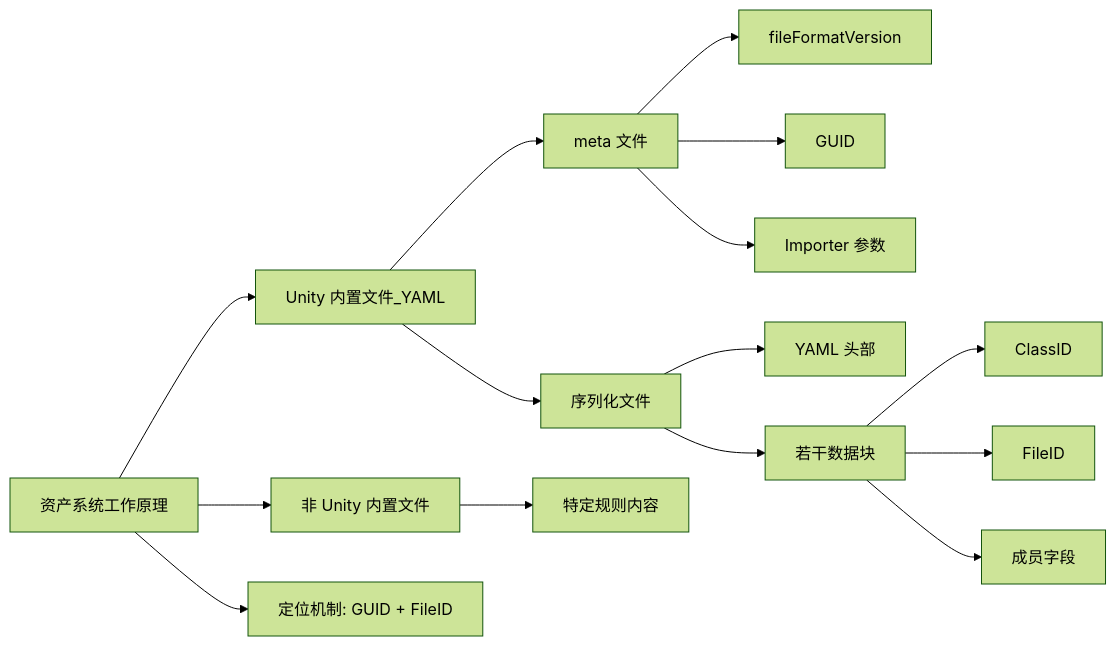
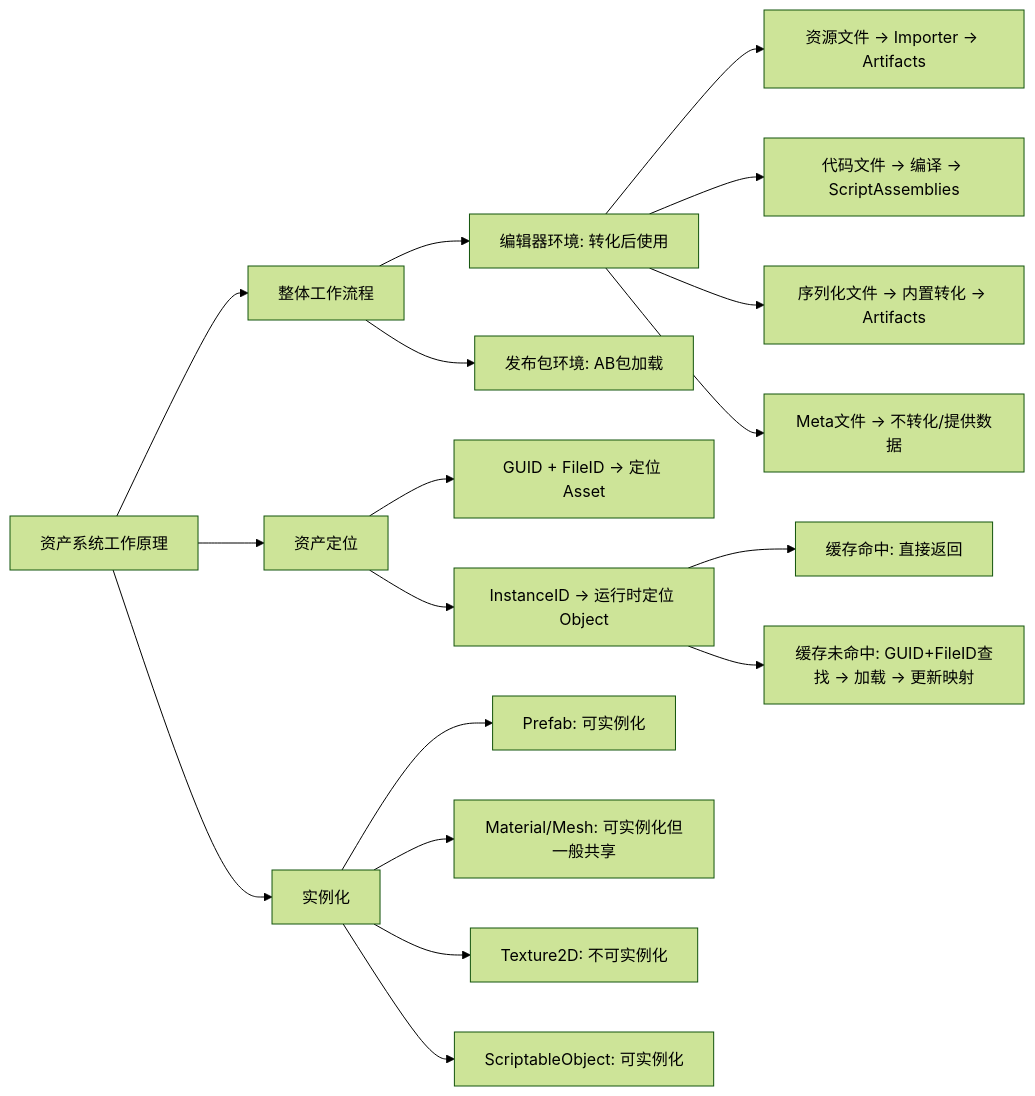
The diagram in docs/05_Unity/资源管理/UnityAsset/03_Unity资产系统工作原理.md (PeiyuZou/PeiyuZou.github.io), drawn with Mermaid (forest theme) before and after one commit.

````diff
--- a/docs/05_Unity/资源管理/UnityAsset/03_Unity资产系统工作原理.md
+++ b/docs/05_Unity/资源管理/UnityAsset/03_Unity资产系统工作原理.md
@@ -3,18 +3,21 @@
 ```mermaid
 graph LR
   A[资产系统工作原理]
-  A --> B[Unity 内置文件_YAML]
-  A --> C[非 Unity 内置文件]
-  A --> D[定位机制: GUID + FileID]
-  B --> E[meta 文件]
-  E --> E1[fileFormatVersion]
-  E --> E2[GUID]
-  E --> E3[Importer 参数]
-  B --> F[序列化文件]
-  F --> F1[YAML 头部]
-  F --> F2[若干数据块]
-  F2 --> F2a[ClassID]
-  F2 --> F2b[FileID]
-  F2 --> F2c[成员字段]
-  C --> C1[特定规则内容]
+  A --> B[整体工作流程]
+  A --> C[资产定位]
+  A --> D[实例化]
+  B --> B1[编辑器环境: 转化后使用]
+  B1 --> B1a[资源文件 → Importer → Artifacts]
+  B1 --> B1b[代码文件 → 编译 → ScriptAssemblies]
+  B1 --> B1c[序列化文件 → 内置转化 → Artifacts]
+  B1 --> B1d[Meta文件 → 不转化/提供数据]
+  B --> B2[发布包环境: AB包加载]
+  C --> C1[GUID + FileID → 定位 Asset]
+  C --> C2[InstanceID → 运行时定位 Object]
+  C2 --> C2a[缓存命中: 直接返回]
+  C2 --> C2b[缓存未命中: GUID+FileID查找 → 加载 → 更新映射]
+  D --> D1[Prefab: 可实例化]
+  D --> D2[Material/Mesh: 可实例化但一般共享]
+  D --> D3[Texture2D: 不可实例化]
+  D --> D4[ScriptableObject: 可实例化]
 ```
````
